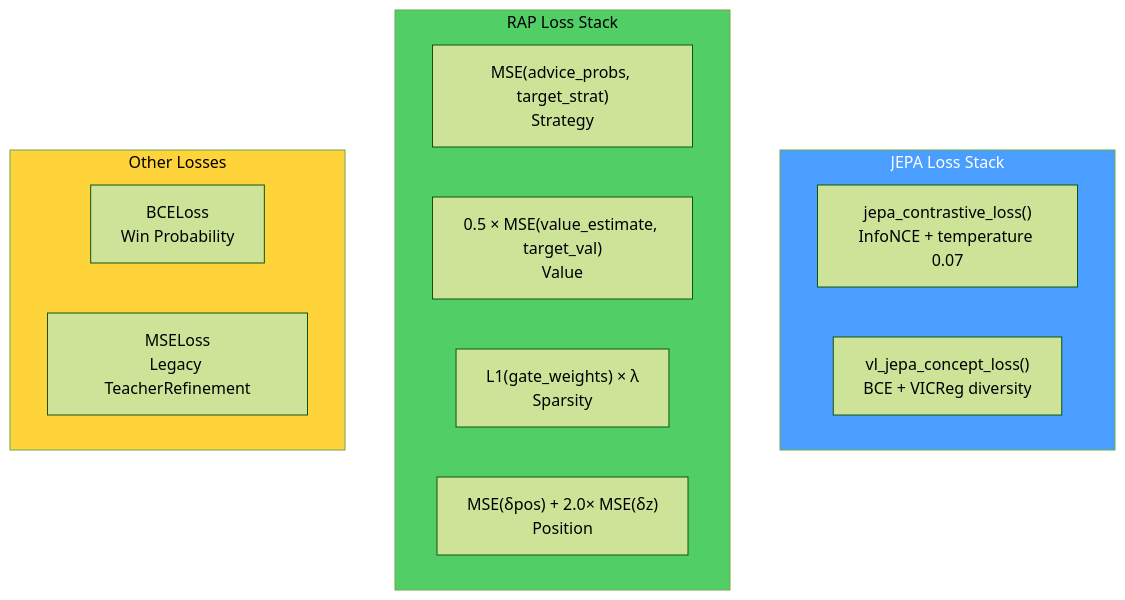
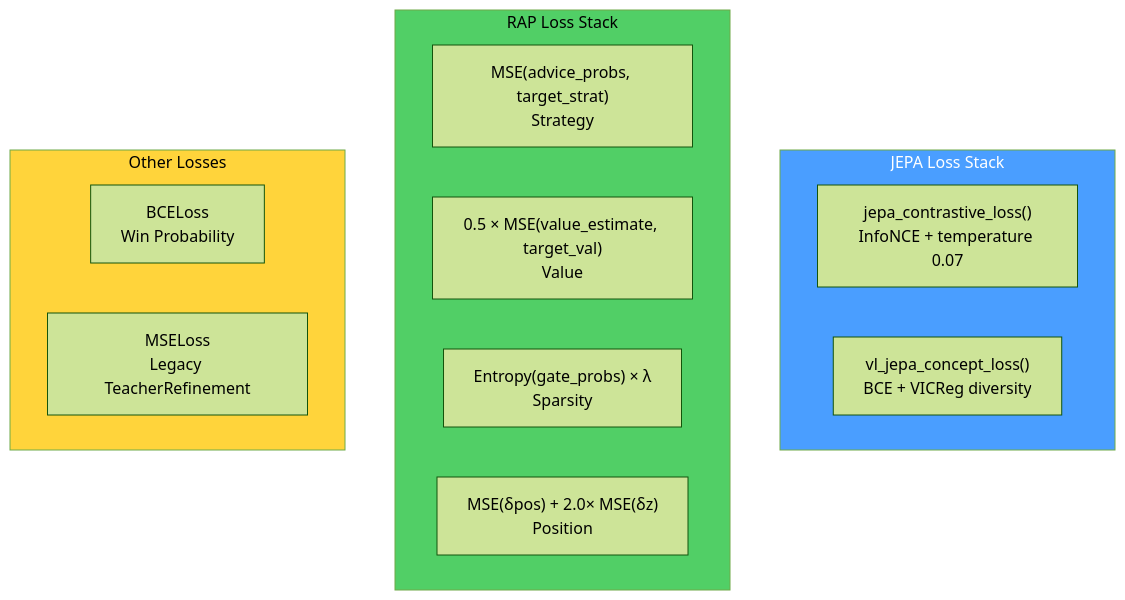
Before and after one commit to renanaugustomacena-ux/Counter-Strike-coach-AI: diagram 49 of 49 in docs/books/Book-Coach-2-en.md, drawn with Mermaid (forest theme). The commit also changed other lines of this file and 36 other files, not shown here.

````diff
--- a/docs/books/Book-Coach-2-en.md
+++ b/docs/books/Book-Coach-2-en.md
@@ -2650,23 +2684,23 @@
 ```mermaid
 flowchart TB
     subgraph JEPA_LOSS["JEPA Loss Stack"]
         INFONCE["jepa_contrastive_loss()<br/>InfoNCE + temperature 0.07"]
         CONCEPT["vl_jepa_concept_loss()<br/>BCE + VICReg diversity"]
     end
 
     subgraph RAP_LOSS["RAP Loss Stack"]
         STRAT["MSE(advice_probs, target_strat)<br/>Strategy"]
         VAL2["0.5 × MSE(value_estimate, target_val)<br/>Value"]
-        SPARSE["L1(gate_weights) × λ<br/>Sparsity"]
+        SPARSE["Entropy(gate_probs) × λ<br/>Sparsity"]
         POS2["MSE(δpos) + 2.0× MSE(δz)<br/>Position"]
     end
 
     subgraph OTHER["Other Losses"]
         BCE["BCELoss<br/>Win Probability"]
         MSE_LEGACY["MSELoss<br/>Legacy TeacherRefinement"]
     end
 
     style JEPA_LOSS fill:#4a9eff,color:#fff
     style RAP_LOSS fill:#51cf66,color:#000
     style OTHER fill:#ffd43b,color:#000
 ```
````
